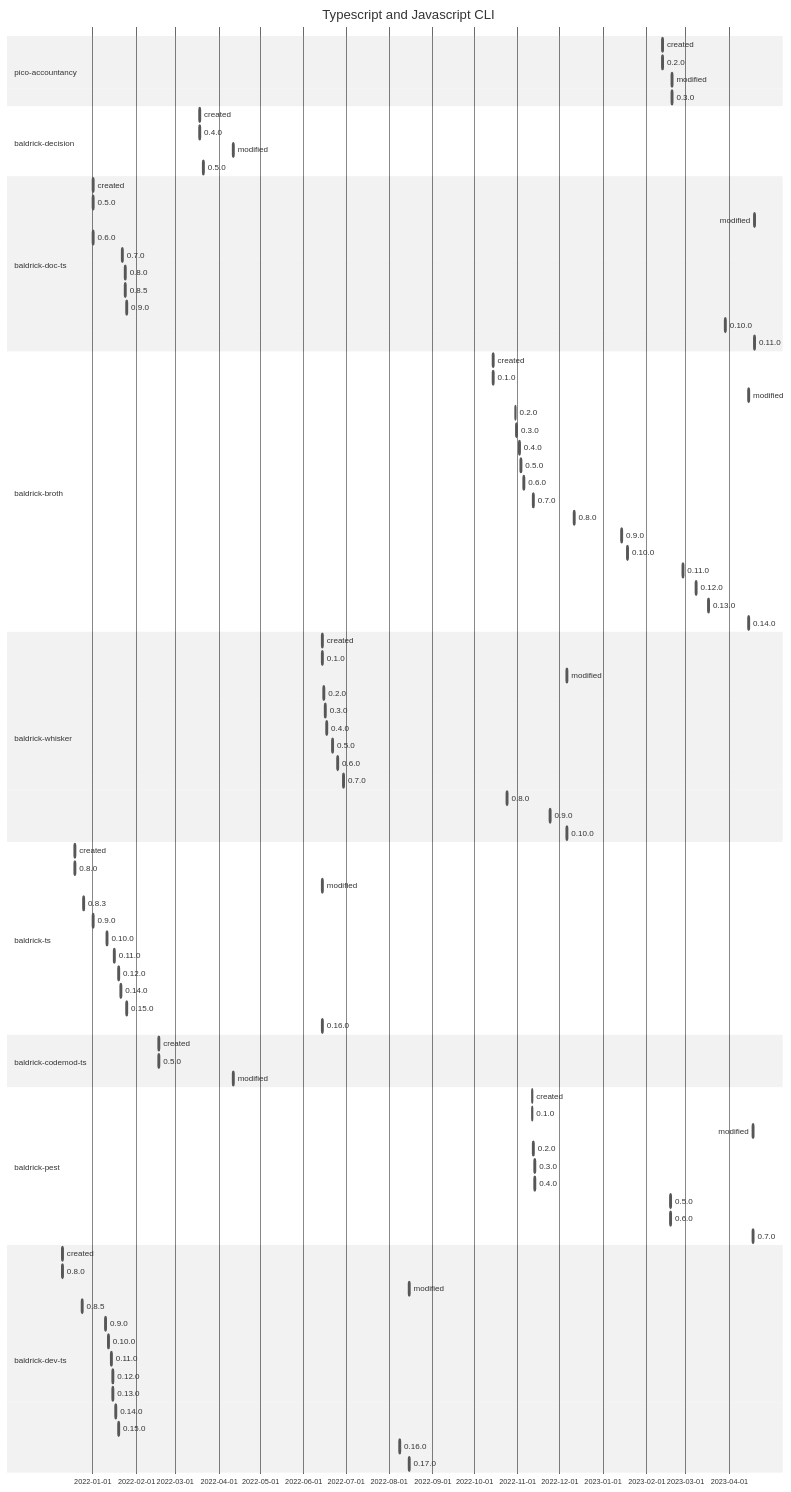
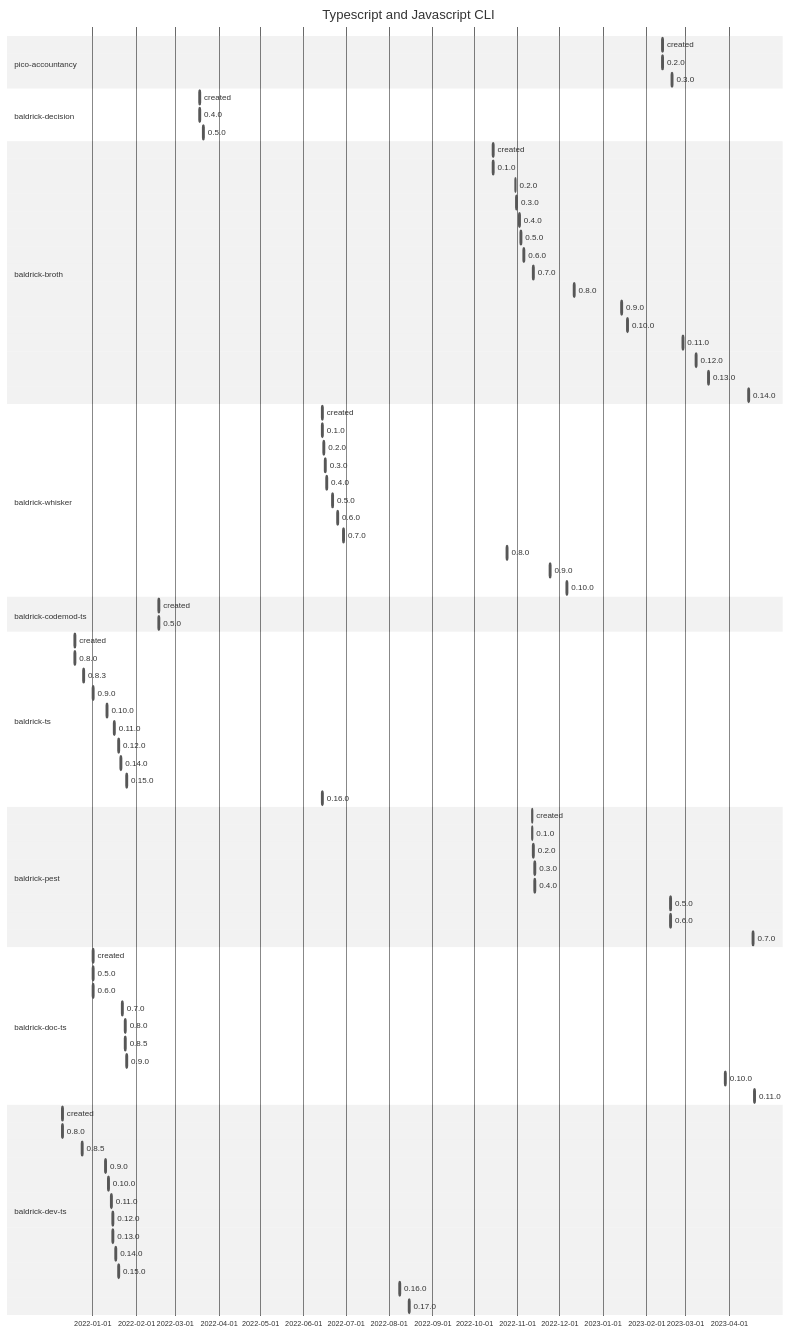
One commit to flarebyte/overview changed the third of 4 diagrams in SOFTWARE-TIMELINE.md. Above: the diagram before and after it, drawn with Mermaid (neutral theme). The commit also changed other lines of this file and 1 other file, not shown here.

```diff
--- a/SOFTWARE-TIMELINE.md
+++ b/SOFTWARE-TIMELINE.md
@@ -121,34 +112,18 @@
     section pico-accountancy
     created:, 2023-02-12, 1d
     0.2.0:, 2023-02-12, 1d
-    modified:, 2023-02-19, 1d
     0.3.0:, 2023-02-19, 1d
 
 
     section baldrick-decision
     created:, 2022-03-18, 1d
     0.4.0:, 2022-03-18, 1d
-    modified:, 2022-04-11, 1d
     0.5.0:, 2022-03-21, 1d
-
-
-    section baldrick-doc-ts
-    created:, 2022-01-01, 1d
-    0.5.0:, 2022-01-01, 1d
-    modified:, 2023-04-19, 1d
-    0.6.0:, 2022-01-01, 1d
-    0.7.0:, 2022-01-22, 1d
-    0.8.0:, 2022-01-24, 1d
-    0.8.5:, 2022-01-24, 1d
-    0.9.0:, 2022-01-25, 1d
-    0.10.0:, 2023-03-29, 1d
-    0.11.0:, 2023-04-19, 1d
 
 
     section baldrick-broth
     created:, 2022-10-14, 1d
     0.1.0:, 2022-10-14, 1d
-    modified:, 2023-04-15, 1d
     0.2.0:, 2022-10-30, 1d
     0.3.0:, 2022-10-31, 1d
     0.4.0:, 2022-11-02, 1d
@@ -167,7 +142,6 @@
     section baldrick-whisker
     created:, 2022-06-14, 1d
     0.1.0:, 2022-06-14, 1d
-    modified:, 2022-12-06, 1d
     0.2.0:, 2022-06-15, 1d
     0.3.0:, 2022-06-16, 1d
     0.4.0:, 2022-06-17, 1d
@@ -179,10 +153,14 @@
     0.10.0:, 2022-12-06, 1d
 
 
+    section baldrick-codemod-ts
+    created:, 2022-02-17, 1d
+    0.5.0:, 2022-02-17, 1d
+
+
     section baldrick-ts
     created:, 2021-12-19, 1d
     0.8.0:, 2021-12-19, 1d
-    modified:, 2022-06-14, 1d
     0.8.3:, 2021-12-25, 1d
     0.9.0:, 2022-01-01, 1d
     0.10.0:, 2022-01-11, 1d
@@ -193,16 +171,9 @@
     0.16.0:, 2022-06-14, 1d
 
 
-    section baldrick-codemod-ts
-    created:, 2022-02-17, 1d
-    0.5.0:, 2022-02-17, 1d
-    modified:, 2022-04-11, 1d
-
-
     section baldrick-pest
     created:, 2022-11-11, 1d
     0.1.0:, 2022-11-11, 1d
-    modified:, 2023-04-18, 1d
     0.2.0:, 2022-11-12, 1d
     0.3.0:, 2022-11-13, 1d
     0.4.0:, 2022-11-13, 1d
@@ -211,10 +182,21 @@
     0.7.0:, 2023-04-18, 1d
 
 
+    section baldrick-doc-ts
+    created:, 2022-01-01, 1d
+    0.5.0:, 2022-01-01, 1d
+    0.6.0:, 2022-01-01, 1d
+    0.7.0:, 2022-01-22, 1d
+    0.8.0:, 2022-01-24, 1d
+    0.8.5:, 2022-01-24, 1d
+    0.9.0:, 2022-01-25, 1d
+    0.10.0:, 2023-03-29, 1d
+    0.11.0:, 2023-04-19, 1d
+
+
     section baldrick-dev-ts
     created:, 2021-12-10, 1d
     0.8.0:, 2021-12-10, 1d
-    modified:, 2022-08-15, 1d
     0.8.5:, 2021-12-24, 1d
     0.9.0:, 2022-01-10, 1d
     0.10.0:, 2022-01-12, 1d
```
